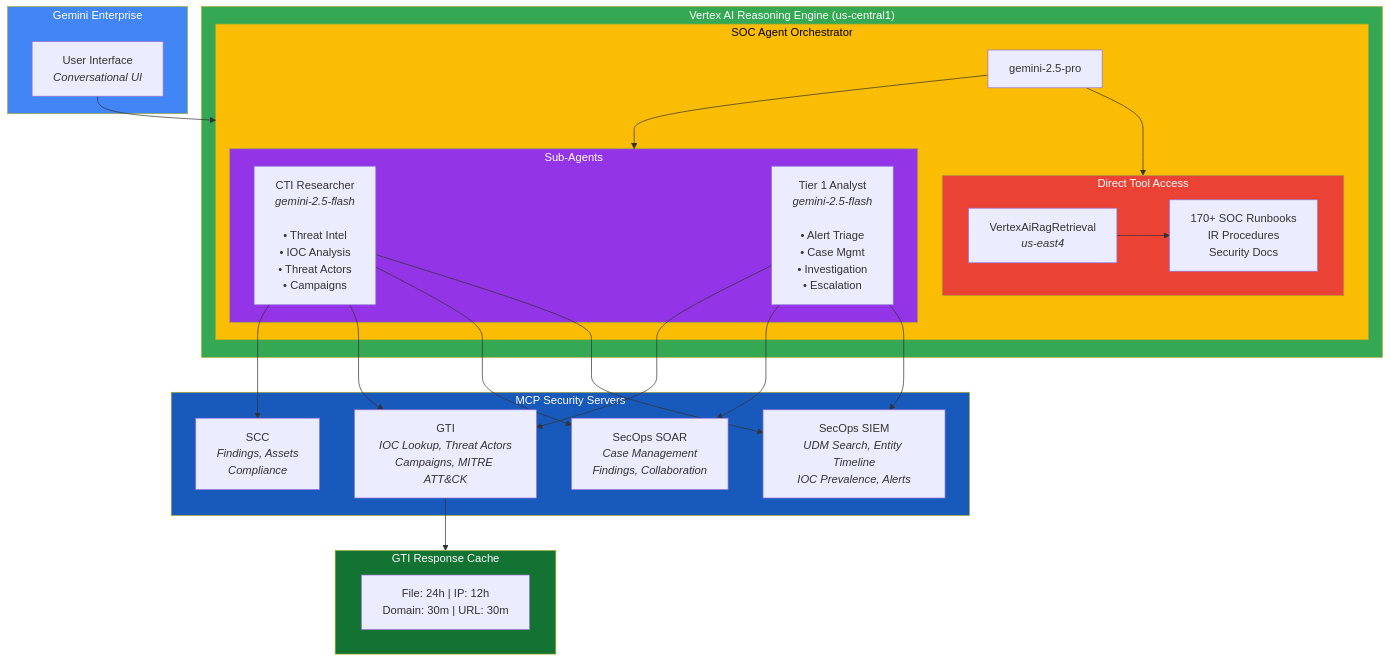
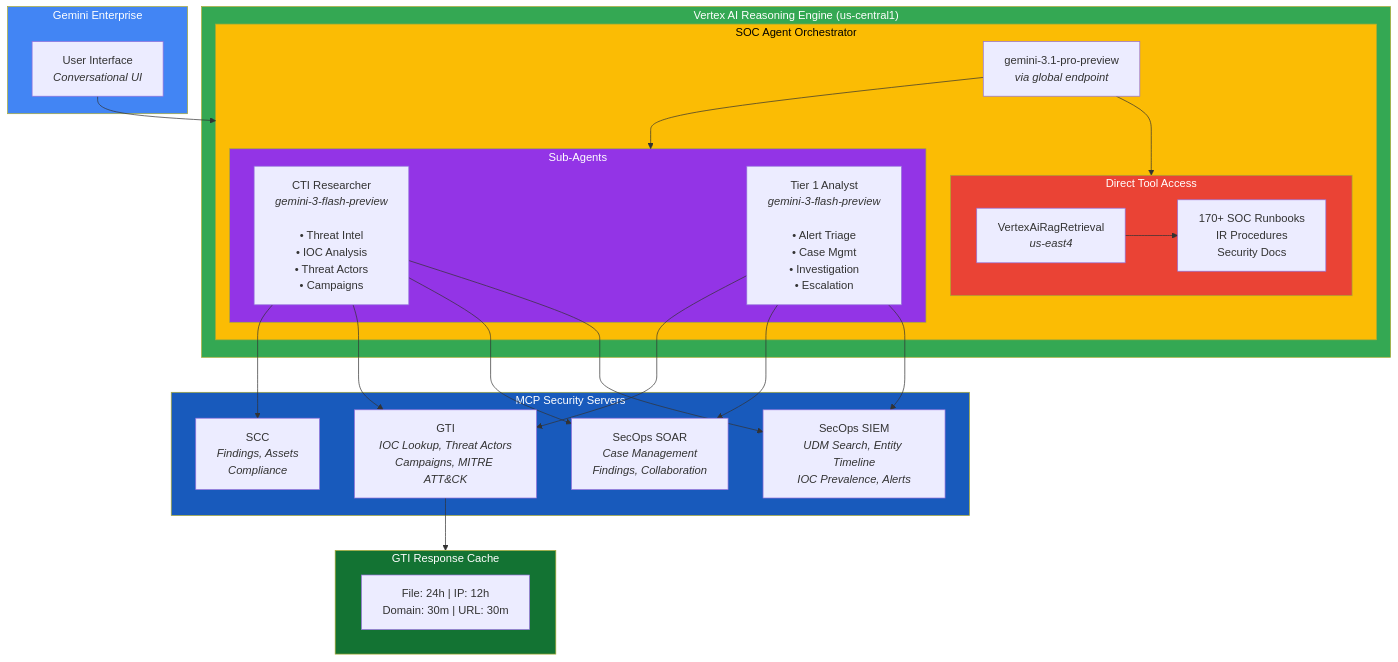
The diagram in README.md (googleSandy/ge-secops-agent), drawn with Mermaid before and after one commit. The commit also changed other lines of this file, not shown here.

Commit message:
fix: Correct model versions to match actual deployment
- Orchestrator: gemini-3.1-pro-preview (not 2.5)
- Sub-agents: gemini-3-flash-preview (not 2.5 or 3.1)
- Updated FAQ to reflect correct models
- Models route via global endpoint workaround

````diff
--- a/README.md
+++ b/README.md
@@ -71,49 +71,49 @@
 ```mermaid
 flowchart TB
     subgraph GE["Gemini Enterprise"]
         UI["User Interface<br/><i>Conversational UI</i>"]
     end
 
     subgraph RE["Vertex AI Reasoning Engine (us-central1)"]
         subgraph Orch["SOC Agent Orchestrator"]
-            Model["gemini-2.5-pro"]
+            Model["gemini-3.1-pro-preview<br/><i>via global endpoint</i>"]
 
             subgraph RAG["Direct Tool Access"]
                 RAGTool["VertexAiRagRetrieval<br/><i>us-east4</i>"]
                 Runbooks["170+ SOC Runbooks<br/>IR Procedures<br/>Security Docs"]
             end
 
             subgraph Specialists["Sub-Agents"]
-                CTI["CTI Researcher<br/><i>gemini-2.5-flash</i><br/><br/>• Threat Intel<br/>• IOC Analysis<br/>• Threat Actors<br/>• Campaigns"]
-                T1["Tier 1 Analyst<br/><i>gemini-2.5-flash</i><br/><br/>• Alert Triage<br/>• Case Mgmt<br/>• Investigation<br/>• Escalation"]
+                CTI["CTI Researcher<br/><i>gemini-3-flash-preview</i><br/><br/>• Threat Intel<br/>• IOC Analysis<br/>• Threat Actors<br/>• Campaigns"]
+                T1["Tier 1 Analyst<br/><i>gemini-3-flash-preview</i><br/><br/>• Alert Triage<br/>• Case Mgmt<br/>• Investigation<br/>• Escalation"]
             end
         end
     end
 
     subgraph MCP["MCP Security Servers"]
         SIEM["SecOps SIEM<br/><i>UDM Search, Entity Timeline<br/>IOC Prevalence, Alerts</i>"]
         SOAR["SecOps SOAR<br/><i>Case Management<br/>Findings, Collaboration</i>"]
         GTI["GTI<br/><i>IOC Lookup, Threat Actors<br/>Campaigns, MITRE ATT&CK</i>"]
         SCC["SCC<br/><i>Findings, Assets<br/>Compliance</i>"]
     end
 
     subgraph Cache["GTI Response Cache"]
         CacheTTL["File: 24h | IP: 12h<br/>Domain: 30m | URL: 30m"]
     end
 
     UI --> Orch
     RAGTool --> Runbooks
     Model --> RAG
     Model --> Specialists
     CTI --> SIEM & SOAR & GTI & SCC
     T1 --> SIEM & SOAR & GTI
     GTI --> Cache
 
     style GE fill:#4285f4,color:#fff
     style RE fill:#34a853,color:#fff
     style Orch fill:#fbbc04,color:#000
     style RAG fill:#ea4335,color:#fff
     style Specialists fill:#9334e6,color:#fff
     style MCP fill:#185abc,color:#fff
     style Cache fill:#137333,color:#fff
 ```
````
